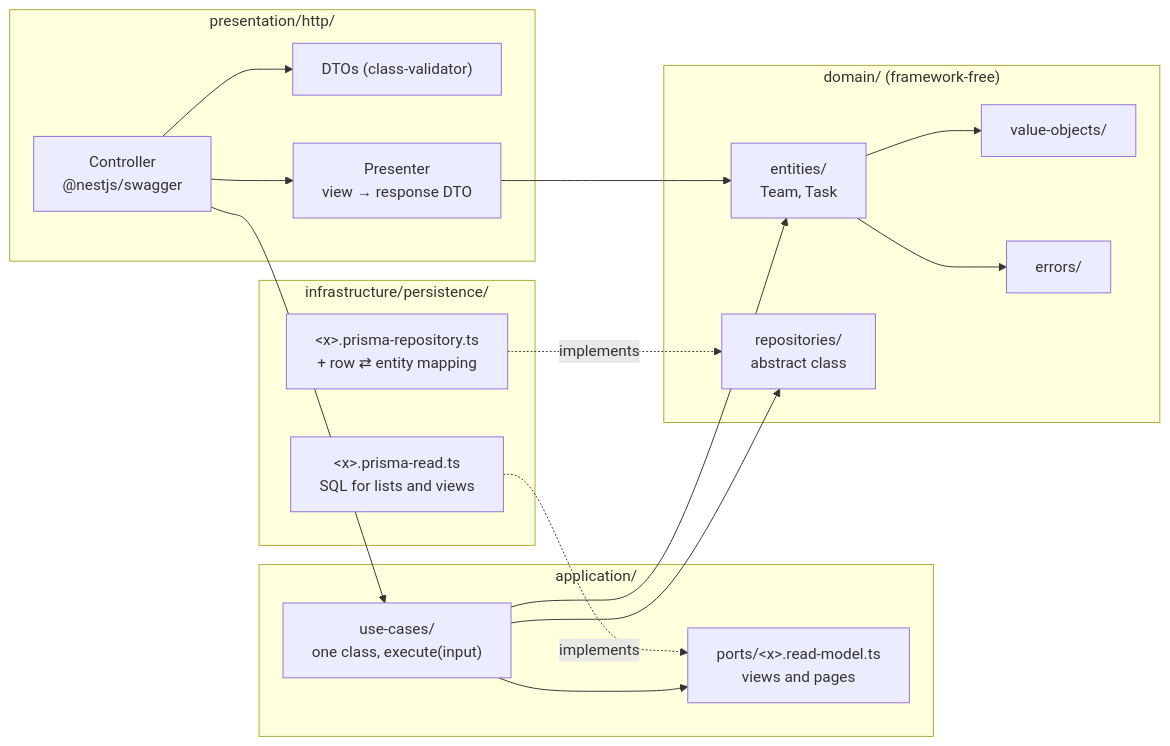
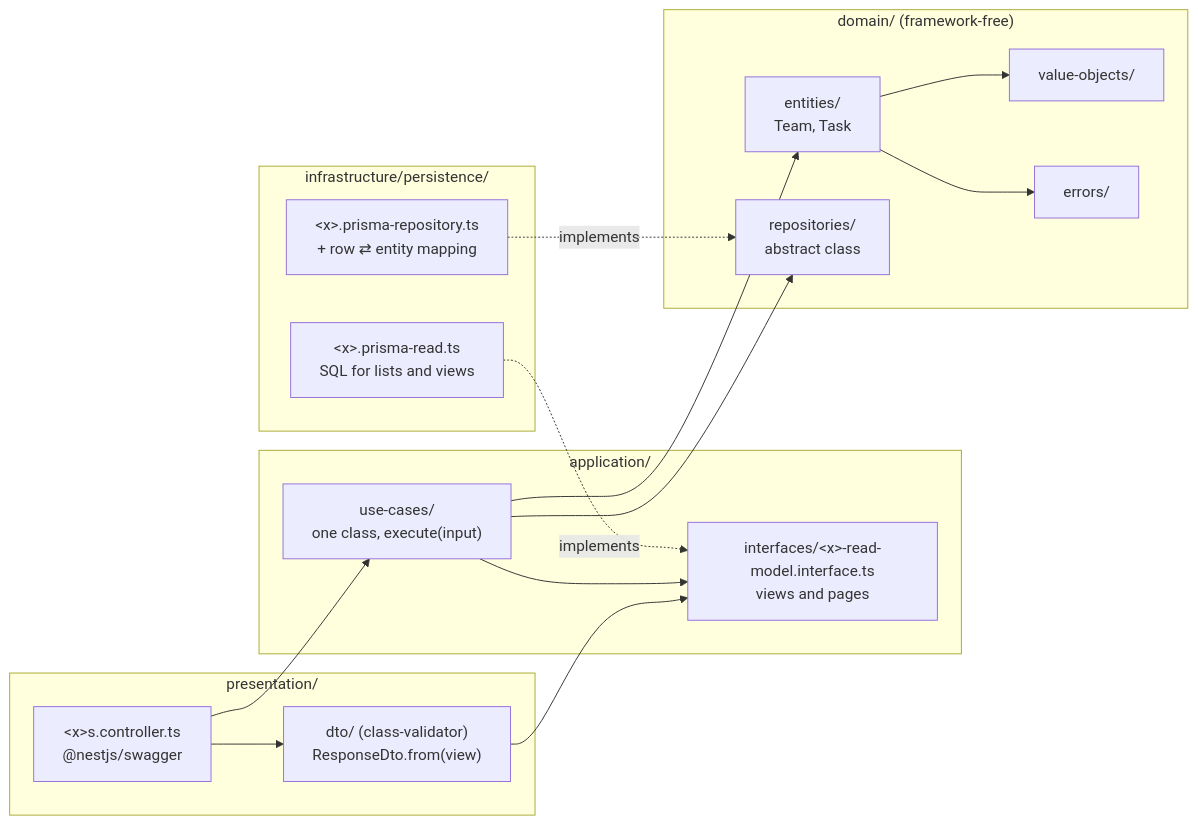
The third of 4 diagrams in docs/architecture/overview.md (rodriguesdenis/hitss), drawn with Mermaid before and after one commit. The commit also changed other lines of this file and 5 other files, not shown here.

````diff
--- a/docs/architecture/overview.md
+++ b/docs/architecture/overview.md
@@ -64,34 +64,32 @@
 ```mermaid
 flowchart LR
-  subgraph presentation["presentation/http/"]
-    ctrl["Controller<br/>@nestjs/swagger"]
-    dto["DTOs (class-validator)"]
-    pres["Presenter<br/>view → response DTO"]
+  subgraph presentation["presentation/"]
+    ctrl["&lt;x&gt;s.controller.ts<br/>@nestjs/swagger"]
+    dto["dto/ (class-validator)<br/>ResponseDto.from(view)"]
   end
   subgraph application["application/"]
     uc["use-cases/<br/>one class, execute(input)"]
-    rm["ports/&lt;x&gt;.read-model.ts<br/>views and pages"]
+    rm["interfaces/&lt;x&gt;-read-model.interface.ts<br/>views and pages"]
   end
   subgraph domain["domain/ (framework-free)"]
     ent["entities/<br/>Team, Task"]
     vo["value-objects/"]
     err["errors/"]
     repo["repositories/<br/>abstract class"]
   end
   subgraph infrastructure["infrastructure/persistence/"]
     prepo["&lt;x&gt;.prisma-repository.ts<br/>+ row ⇄ entity mapping"]
     pread["&lt;x&gt;.prisma-read.ts<br/>SQL for lists and views"]
   end
 
   ctrl --> dto
   ctrl --> uc
-  ctrl --> pres
-  pres --> ent
+  dto --> rm
   uc --> ent
   uc --> repo
   uc --> rm
   ent --> vo
   ent --> err
   prepo -. "implements" .-> repo
   pread -. "implements" .-> rm
 ```
````
